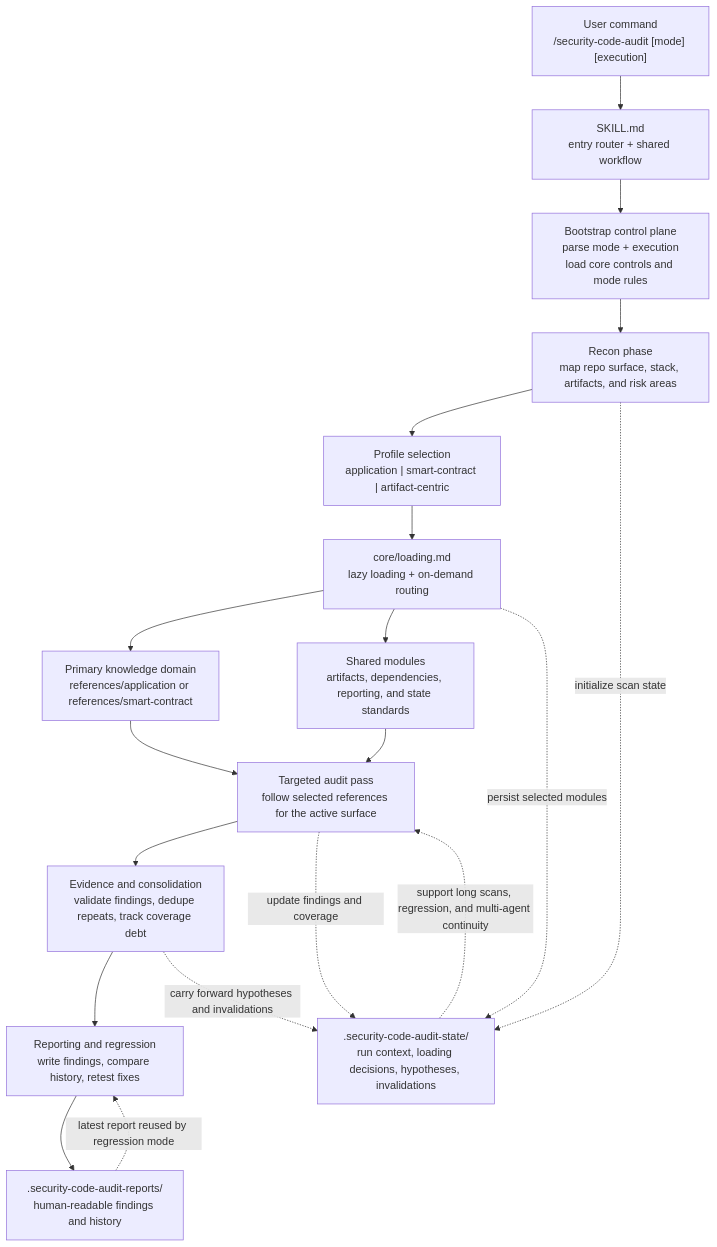
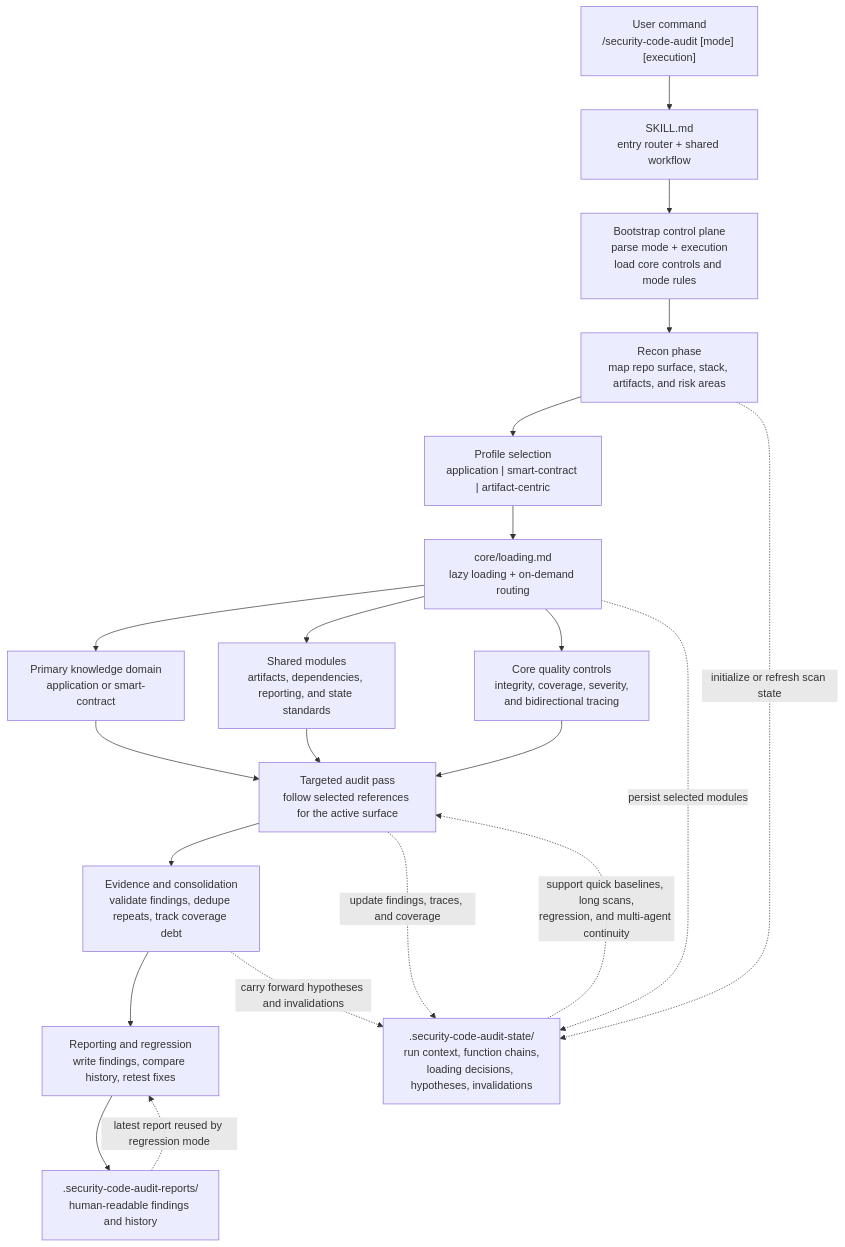
The diagram in README.md (sari3l/security-code-audit-skill), drawn with Mermaid before and after one commit. The commit also changed other lines of this file and 65 other files, not shown here.

````diff
--- a/README.md
+++ b/README.md
@@ -59,42 +74,45 @@
 ```mermaid
 flowchart TD
     A["User command<br/>/security-code-audit [mode] [execution]"]
     B["SKILL.md<br/>entry router + shared workflow"]
 
     C["Bootstrap control plane<br/>parse mode + execution<br/>load core controls and mode rules"]
     D["Recon phase<br/>map repo surface, stack, artifacts, and risk areas"]
     E["Profile selection<br/>application | smart-contract | artifact-centric"]
 
     F["core/loading.md<br/>lazy loading + on-demand routing"]
-    G["Primary knowledge domain<br/>references/application or references/smart-contract"]
+    G["Primary knowledge domain<br/>application or smart-contract"]
     H["Shared modules<br/>artifacts, dependencies, reporting, and state standards"]
+    T["Core quality controls<br/>integrity, coverage, severity,<br/>and bidirectional tracing"]
 
     I["Targeted audit pass<br/>follow selected references for the active surface"]
     J["Evidence and consolidation<br/>validate findings, dedupe repeats, track coverage debt"]
     K["Reporting and regression<br/>write findings, compare history, retest fixes"]
 
-    S[".security-code-audit-state/<br/>run context, loading decisions, hypotheses, invalidations"]
+    S[".security-code-audit-state/<br/>run context, function chains,<br/>loading decisions, hypotheses, invalidations"]
     R[".security-code-audit-reports/<br/>human-readable findings and history"]
 
     A --> B
     B --> C
     C --> D
     D --> E
     E --> F
 
     F --> G
     F --> H
+    F --> T
 
     G --> I
     H --> I
+    T --> I
     I --> J
     J --> K
     K --> R
 
-    D -. initialize scan state .-> S
+    D -. initialize or refresh scan state .-> S
     F -. persist selected modules .-> S
-    I -. update findings and coverage .-> S
+    I -. update findings, traces, and coverage .-> S
     J -. carry forward hypotheses and invalidations .-> S
-    S -. support long scans, regression, and multi-agent continuity .-> I
+    S -. support quick baselines, long scans,<br/>regression, and multi-agent continuity .-> I
     R -. latest report reused by regression mode .-> K
 ```
````
